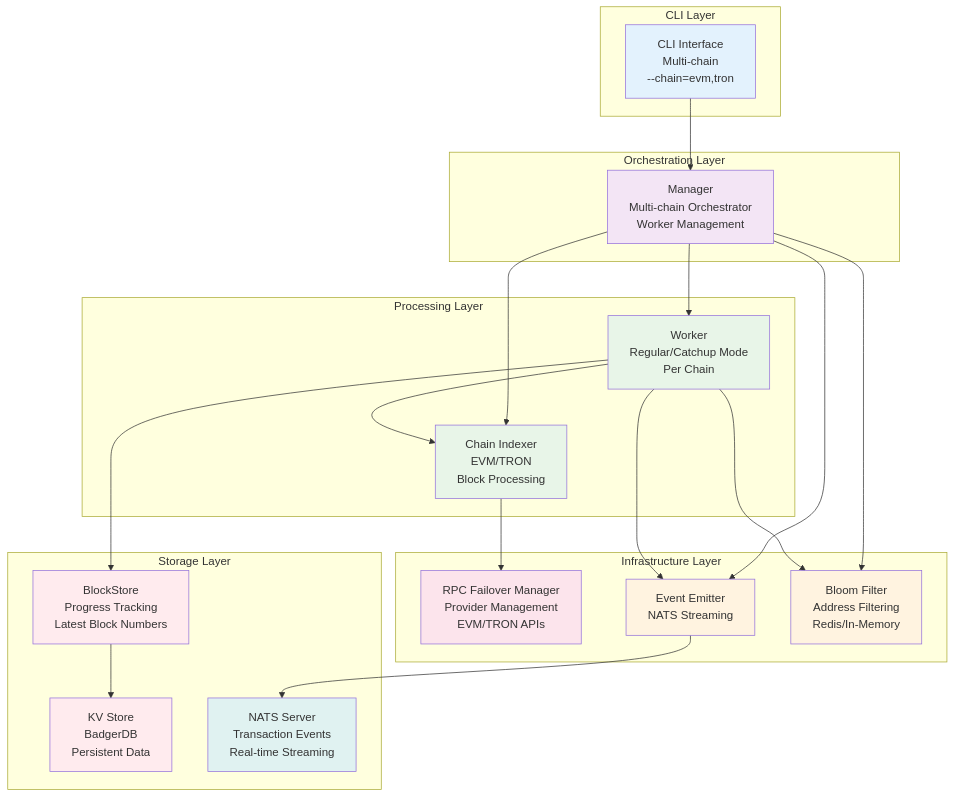
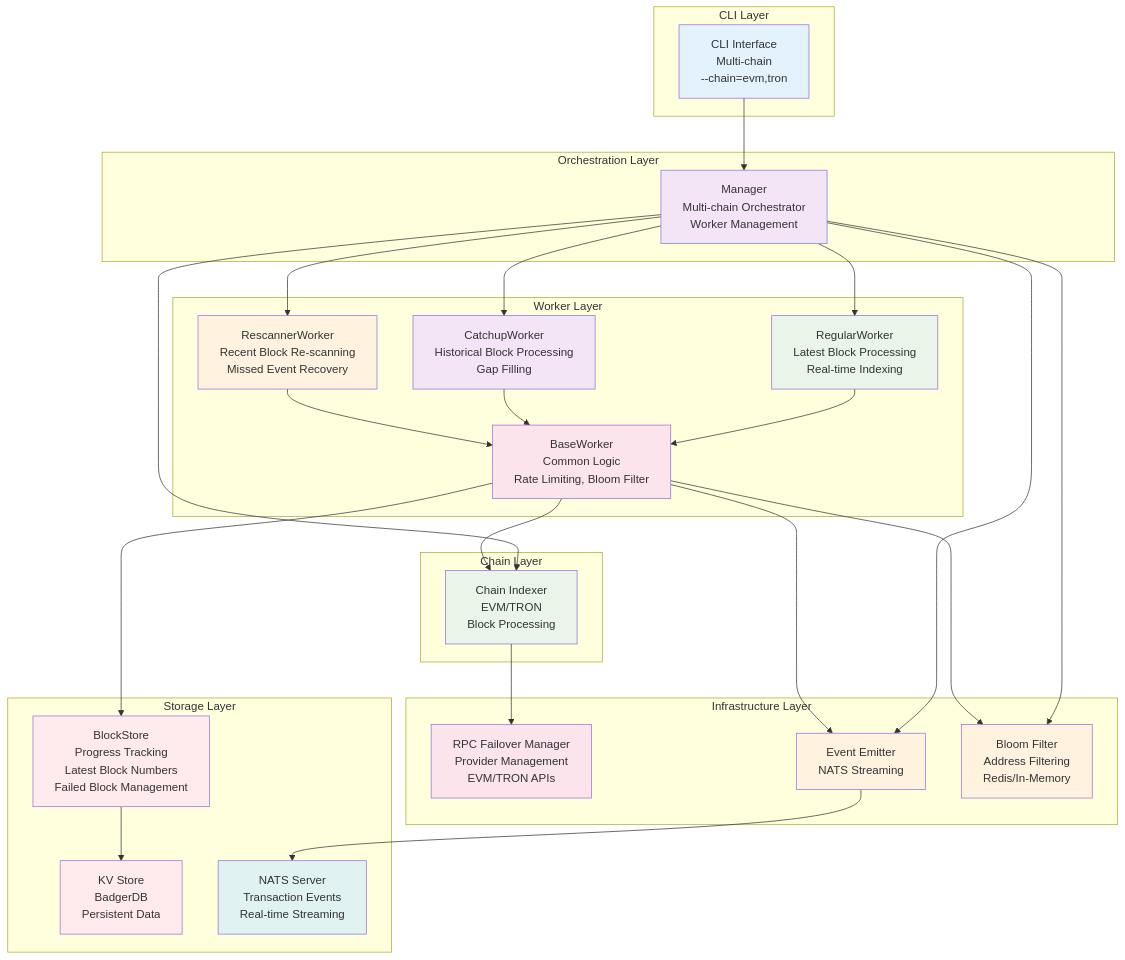
Before and after one commit to fystack/multichain-indexer: the first of 5 diagrams in README.md, drawn with Mermaid. The commit also changed other lines of this file, not shown here.

Commit message:
refactor: restructure worker architecture in README

````diff
--- a/README.md
+++ b/README.md
@@ -183,56 +183,71 @@
 ```mermaid
 flowchart TB
     subgraph "CLI Layer"
         CLI[CLI Interface<br/>Multi-chain<br/>--chain=evm,tron]
     end
     
     subgraph "Orchestration Layer"
         Manager[Manager<br/>Multi-chain Orchestrator<br/>Worker Management]
     end
     
-    subgraph "Processing Layer"
-        Worker[Worker<br/>Regular/Catchup Mode<br/>Per Chain]
+    subgraph "Worker Layer"
+        RegularWorker[RegularWorker<br/>Latest Block Processing<br/>Real-time Indexing]
+        CatchupWorker[CatchupWorker<br/>Historical Block Processing<br/>Gap Filling]
+        RescannerWorker[RescannerWorker<br/>Recent Block Re-scanning<br/>Missed Event Recovery]
+        BaseWorker[BaseWorker<br/>Common Logic<br/>Rate Limiting, Bloom Filter]
+    end
+    
+    subgraph "Chain Layer"
         Indexer[Chain Indexer<br/>EVM/TRON<br/>Block Processing]
     end
     
     subgraph "Infrastructure Layer"
         RPC[RPC Failover Manager<br/>Provider Management<br/>EVM/TRON APIs]
         Emitter[Event Emitter<br/>NATS Streaming]
         BloomFilter[Bloom Filter<br/>Address Filtering<br/>Redis/In-Memory]
     end
     
     subgraph "Storage Layer"
-        BlockStore[BlockStore<br/>Progress Tracking<br/>Latest Block Numbers]
+        BlockStore[BlockStore<br/>Progress Tracking<br/>Latest Block Numbers<br/>Failed Block Management]
         KVStore[KV Store<br/>BadgerDB<br/>Persistent Data]
         NATS[NATS Server<br/>Transaction Events<br/>Real-time Streaming]
     end
     
     %% Data Flow
     CLI --> Manager
-    Manager --> Worker
+    Manager --> RegularWorker
+    Manager --> CatchupWorker
+    Manager --> RescannerWorker
     Manager --> Indexer
     Manager --> Emitter
     Manager --> BloomFilter
     
-    Worker --> Indexer
-    Worker --> Emitter
-    Worker --> BloomFilter
-    Worker --> BlockStore
+    RegularWorker --> BaseWorker
+    CatchupWorker --> BaseWorker
+    RescannerWorker --> BaseWorker
+    
+    BaseWorker --> Indexer
+    BaseWorker --> Emitter
+    BaseWorker --> BloomFilter
+    BaseWorker --> BlockStore
     
     Indexer --> RPC
     
     BlockStore --> KVStore
     Emitter --> NATS
     
     %% Styling
     style CLI fill:#e3f2fd
     style Manager fill:#f3e5f5
-    style Worker fill:#e8f5e8
+    style RegularWorker fill:#e8f5e8
+    style CatchupWorker fill:#f3e5f5
+    style RescannerWorker fill:#fff3e0
+    style BaseWorker fill:#fce4ec
     style Indexer fill:#e8f5e8
     style RPC fill:#fce4ec
     style Emitter fill:#fff3e0
     style BloomFilter fill:#fff3e0
     style BlockStore fill:#ffebee
     style KVStore fill:#ffebee
     style NATS fill:#e0f2f1
 ```
````
